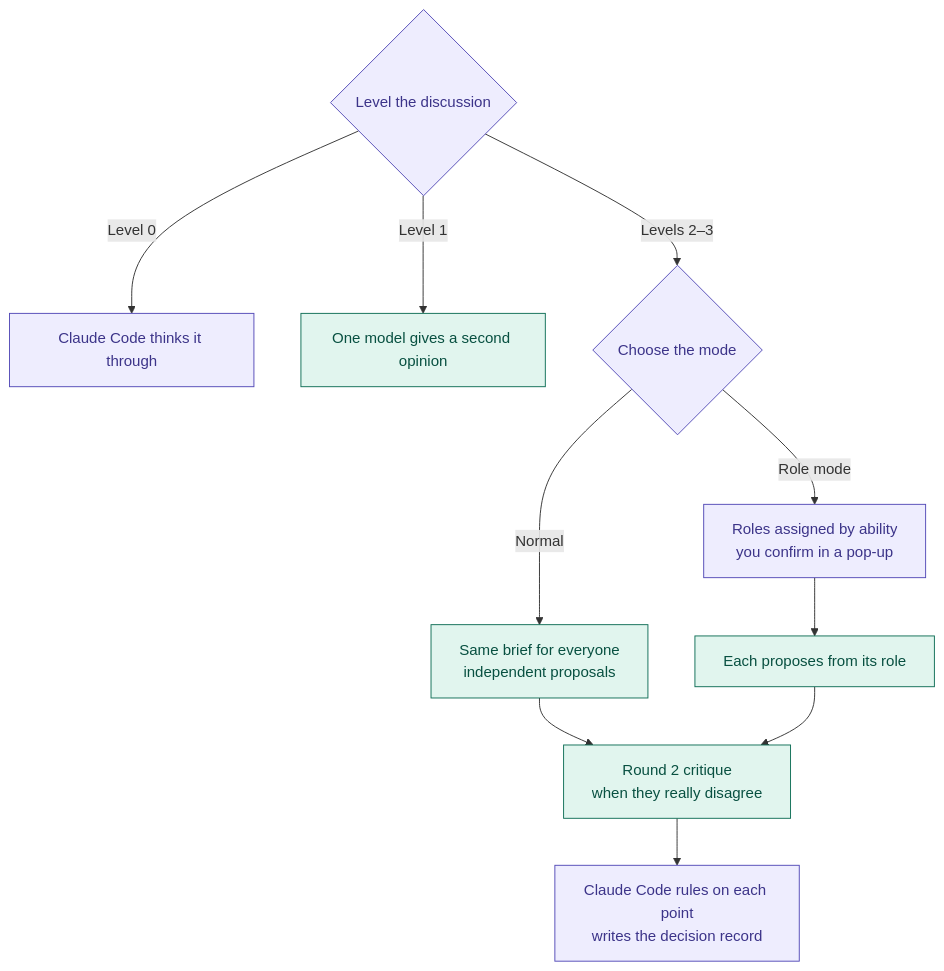
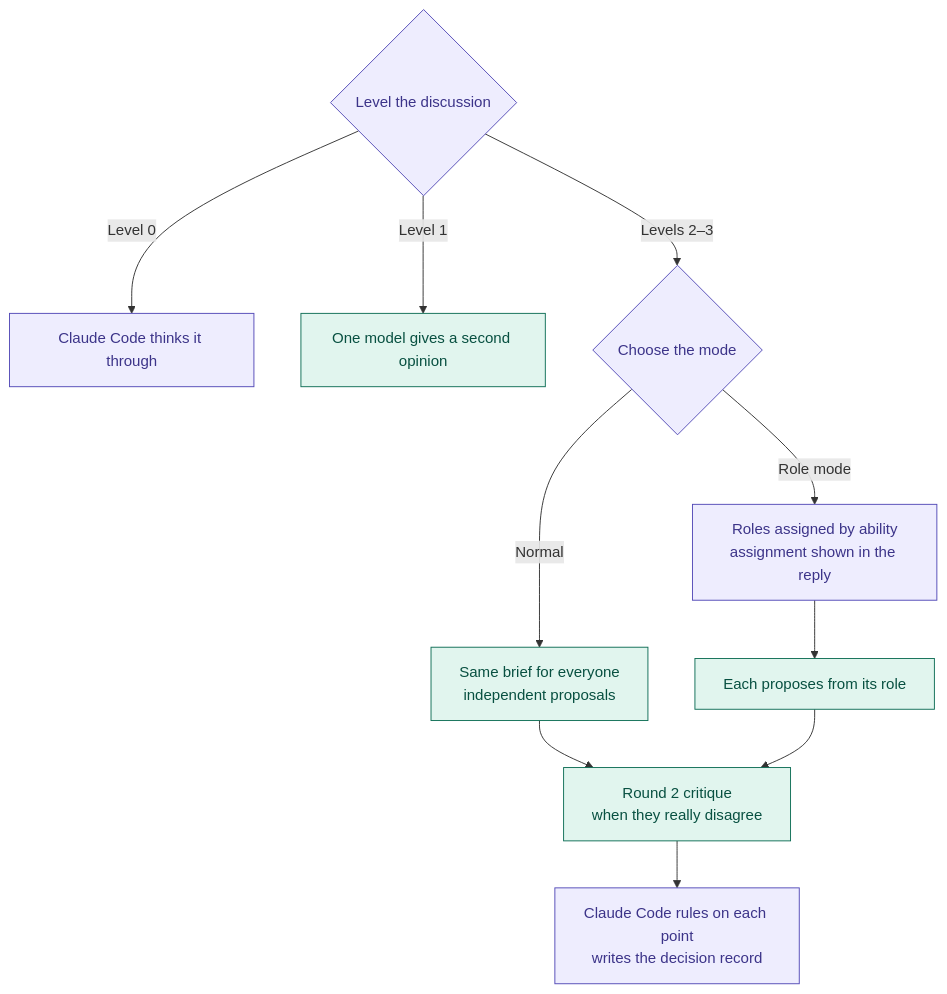
One commit to DaydayupV/claude-foreman changed the second of 4 diagrams in README.md. Above: the diagram before and after it, drawn with Mermaid. The commit also changed other lines of this file and 21 other files, not shown here.

````diff
--- a/README.md
+++ b/README.md
@@ -96,17 +96,17 @@
 ```mermaid
 flowchart TD
     d0{"Level the discussion"} -- "Level 0" --> dself["Claude Code thinks it through"]
     d0 -- "Level 1" --> dqa["One model gives a second opinion"]
     d0 -- "Levels 2–3" --> dmode{"Choose the mode"}
     dmode -- "Normal" --> dnormal["Same brief for everyone<br/>independent proposals"]
-    dmode -- "Role mode" --> droles["Roles assigned by ability<br/>you confirm in a pop-up"]
+    dmode -- "Role mode" --> droles["Roles assigned by ability<br/>assignment shown in the reply"]
     droles --> dcards["Each proposes from its role"]
     dnormal --> dcross["Round 2 critique<br/>when they really disagree"]
     dcards --> dcross
     dcross --> ddecide["Claude Code rules on each point<br/>writes the decision record"]
 
     classDef claude fill:#EEEDFE,stroke:#534AB7,color:#3C3489
     classDef agent fill:#E1F5EE,stroke:#0F6E56,color:#085041
     class d0,dself,dmode,droles,ddecide claude
     class dqa,dnormal,dcards,dcross agent
 ```
````
